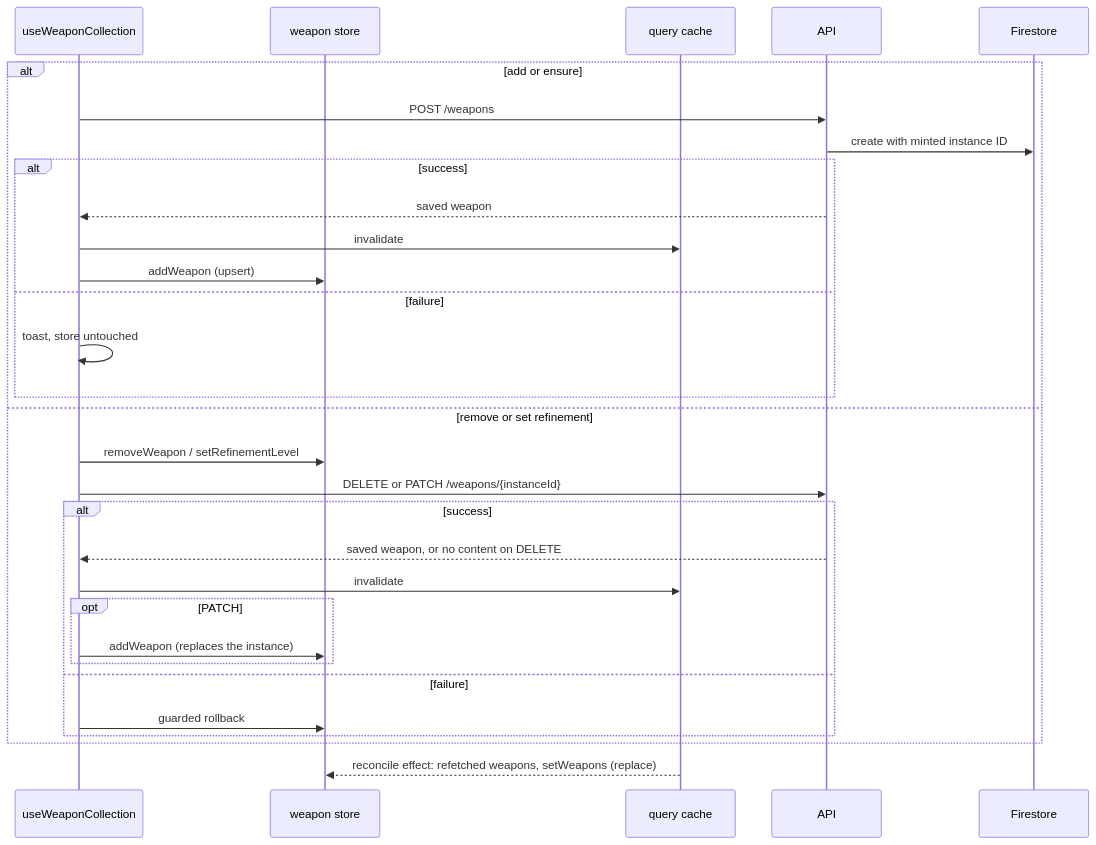
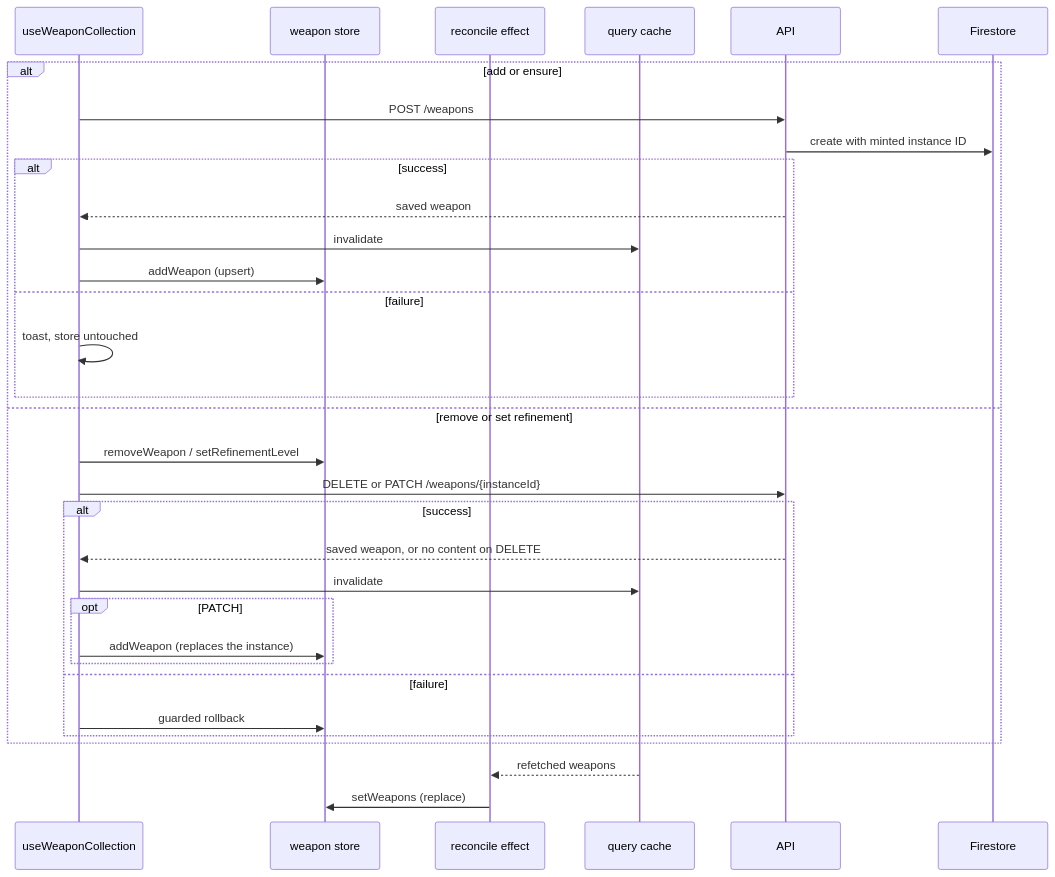
Before and after one commit to dungeon-studio/genshin.dungeon.studio: the second of 4 diagrams in docs/reference/data-flow-write-paths.md, drawn with Mermaid. The commit also changed other lines of this file and 2 other files, not shown here.

First line of the commit message:
docs: draw the reconcile effect as a participant everywhere

````diff
--- a/docs/reference/data-flow-write-paths.md
+++ b/docs/reference/data-flow-write-paths.md
@@ -78,33 +76,35 @@
 ```mermaid
 sequenceDiagram
   participant Hook as useWeaponCollection
   participant Store as weapon store
+  participant Reconcile as reconcile effect
   participant Cache as query cache
   participant API as API
   participant FS as Firestore
 
   alt add or ensure
     Hook->>API: POST /weapons
     API->>FS: create with minted instance ID
     alt success
       API-->>Hook: saved weapon
       Hook->>Cache: invalidate
       Hook->>Store: addWeapon (upsert)
     else failure
       Hook->>Hook: toast, store untouched
     end
   else remove or set refinement
     Hook->>Store: removeWeapon / setRefinementLevel
     Hook->>API: DELETE or PATCH /weapons/{instanceId}
     alt success
       API-->>Hook: saved weapon, or no content on DELETE
       Hook->>Cache: invalidate
       opt PATCH
         Hook->>Store: addWeapon (replaces the instance)
       end
     else failure
       Hook->>Store: guarded rollback
     end
   end
-  Cache-->>Store: reconcile effect: refetched weapons, setWeapons (replace)
+  Cache-->>Reconcile: refetched weapons
+  Reconcile->>Store: setWeapons (replace)
 ```
````
